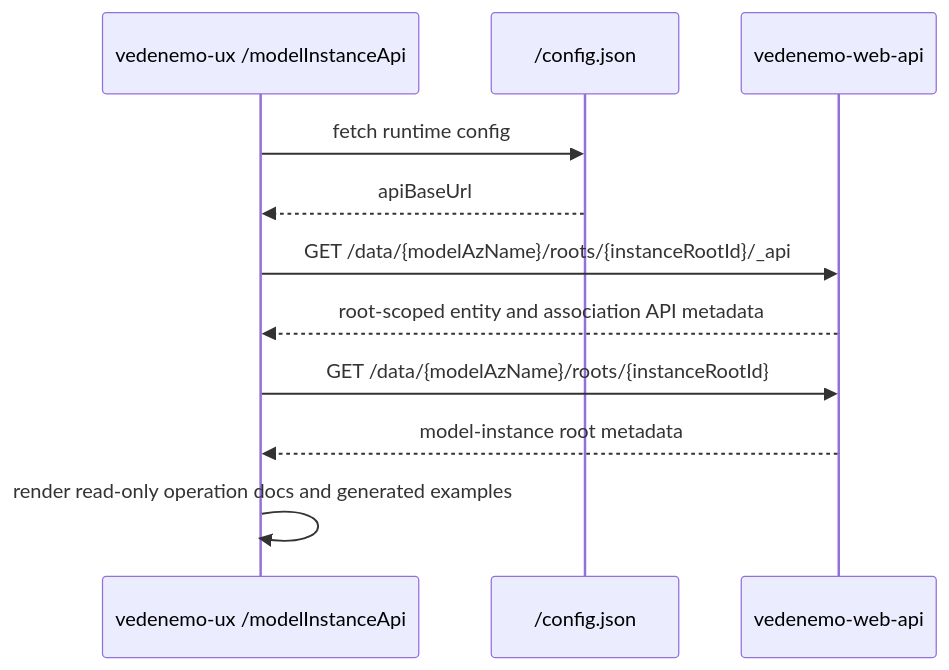
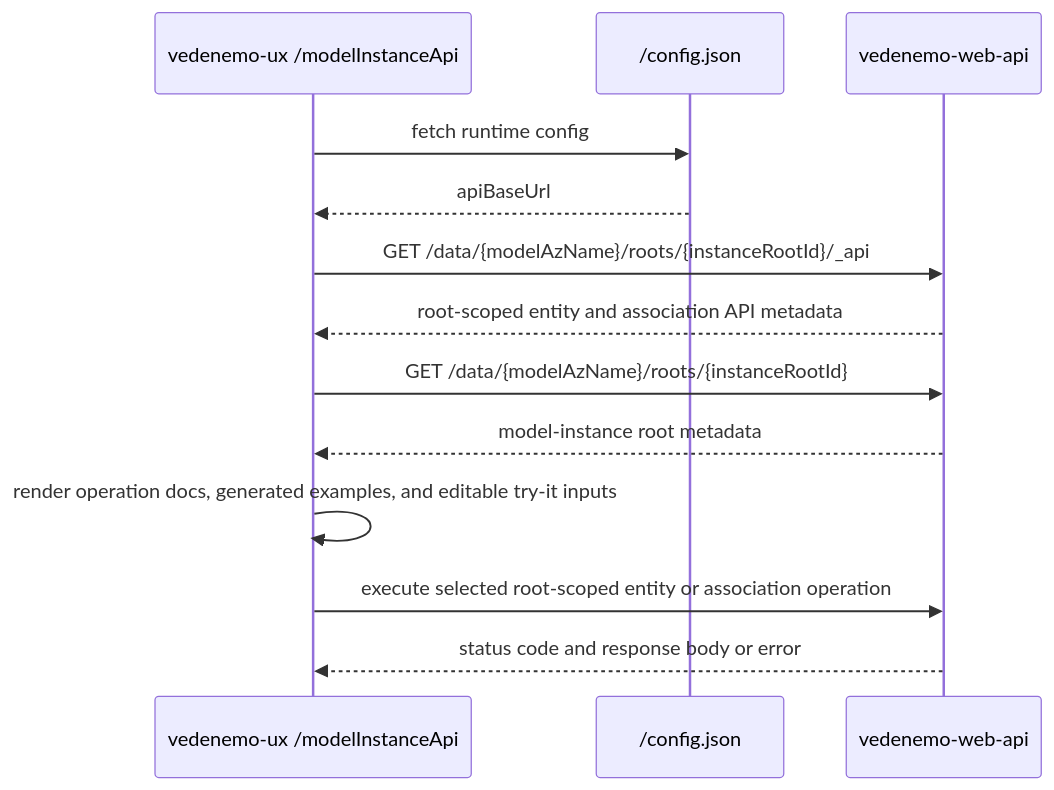
Before and after one commit to VedenemoDev/VedenemoMonorepo: the ninth of 11 diagrams in docs/architecture_doc.md, drawn with Mermaid. The commit also changed other lines of this file and 5 other files, not shown here.

First line of the commit message:
Add model instance API try-it controls

````diff
--- a/docs/architecture_doc.md
+++ b/docs/architecture_doc.md
@@ -840,14 +842,16 @@
 ```mermaid
 sequenceDiagram
     participant UX as vedenemo-ux /modelInstanceApi
     participant Config as /config.json
     participant API as vedenemo-web-api
 
     UX->>Config: fetch runtime config
     Config-->>UX: apiBaseUrl
     UX->>API: GET /data/{modelAzName}/roots/{instanceRootId}/_api
     API-->>UX: root-scoped entity and association API metadata
     UX->>API: GET /data/{modelAzName}/roots/{instanceRootId}
     API-->>UX: model-instance root metadata
-    UX->>UX: render read-only operation docs and generated examples
+    UX->>UX: render operation docs, generated examples, and editable try-it inputs
+    UX->>API: execute selected root-scoped entity or association operation
+    API-->>UX: status code and response body or error
 ```
````
